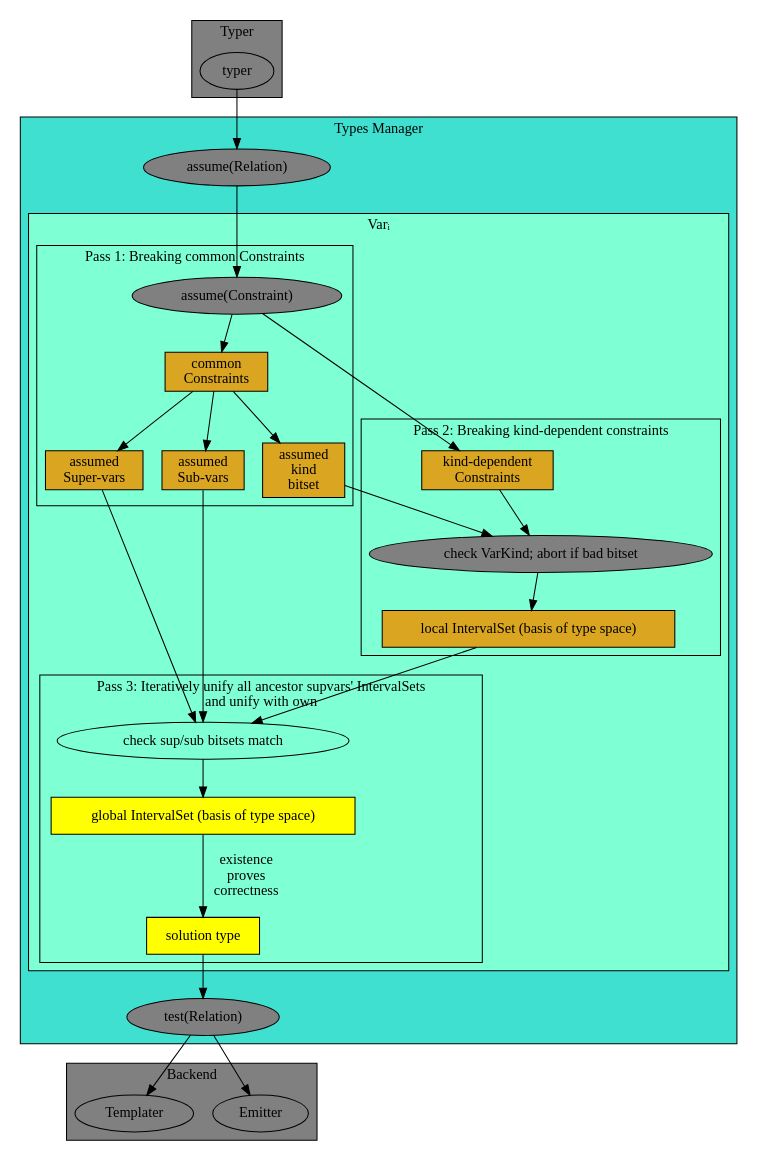
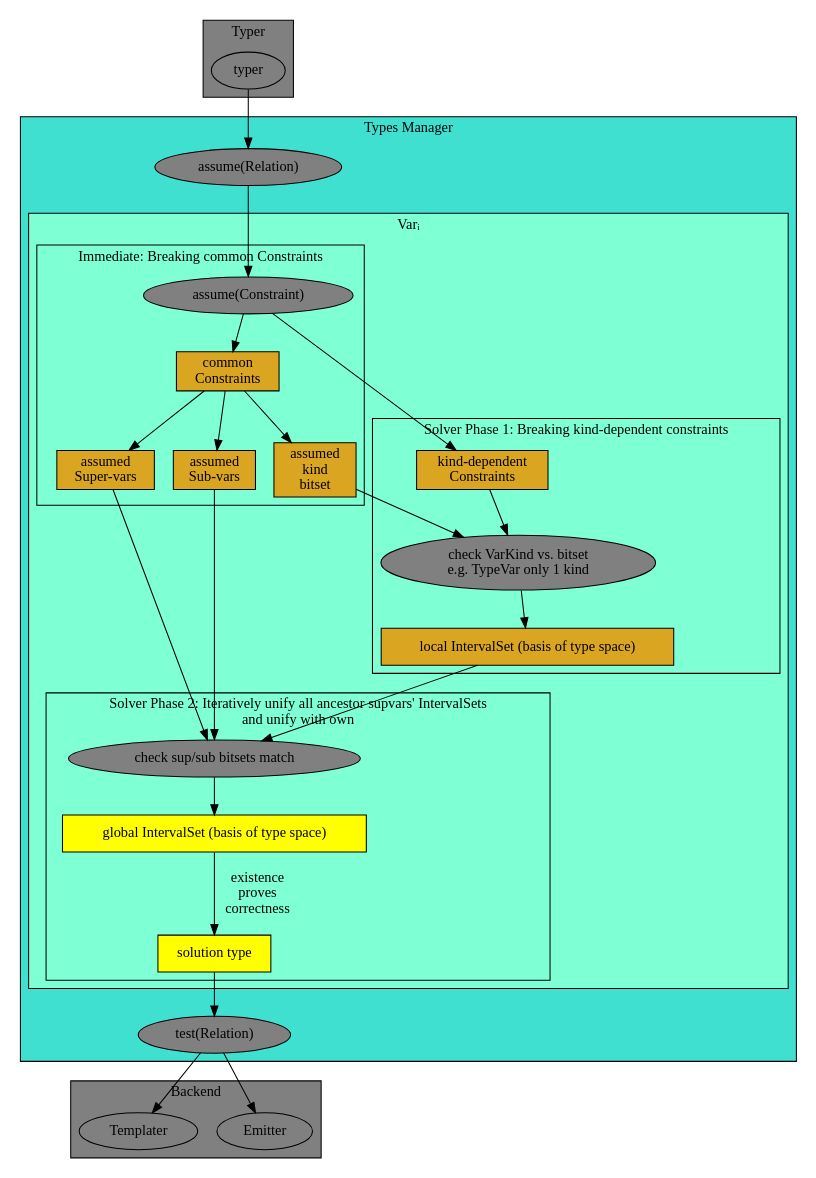
Before and after one commit to tsnl/pdm: the diagram in src/pdm/types/typing.dot, drawn with Graphviz. The commit also changed 34 other files, not shown here.

```diff
--- a/src/pdm/types/typing.dot
+++ b/src/pdm/types/typing.dot
@@ -1,74 +1,74 @@
 // https://graphs.grevian.org/example
 
 digraph {
     splines=line;
 
     subgraph cluster_0 {
         label="Typer";
         bgcolor="grey";
         typer_fn [label="typer"]
     }
 
     subgraph cluster_1 {
         label="Types Manager";
         bgcolor="turquoise";
 
         assume [label="assume(Relation)", style="filled", fillcolor="grey"];
         test [label="test(Relation)", style="filled", fillcolor="grey"];
 
         // edges:
         typer_fn -> assume;
 
         subgraph cluster_1_1 {
             label="Varᵢ";
             bgcolor="aquamarine";
             
             subgraph cluster_1_1_1 {
-                label="Pass 1: Breaking common Constraints";
+                label="Immediate: Breaking common Constraints";
                 constraint [label="assume(Constraint)", style="filled", fillcolor="grey"];
                 common_constraints [label="common\nConstraints", shape="box", fillcolor="goldenrod", style="filled"]
                 
                 assumed_kind_bitset [label="assumed\nkind\nbitset", shape="box", fillcolor="goldenrod", style="filled"];
                 assumed_supervars [label="assumed\nSuper-vars", shape="box", fillcolor="goldenrod", style="filled"];
                 assumed_subvars [label="assumed\nSub-vars", shape="box", fillcolor="goldenrod", style="filled"];
             }
 
             subgraph cluster_1_1_2 {
-                label="Pass 2: Breaking kind-dependent constraints";
+                label="Solver Phase 1: Breaking kind-dependent constraints";
                 local_interval_set [label="local IntervalSet (basis of type space)", shape="box", fillcolor="goldenrod", style="filled"];
-                check_1_2 [label="check VarKind; abort if bad bitset", style="filled", fillcolor="gray"]
+                check_1_2 [label="check VarKind vs. bitset\ne.g. TypeVar only 1 kind", style="filled", fillcolor="gray"]
                 kd_constraints [label="kind-dependent\nConstraints", shape="box", fillcolor="goldenrod", style="filled"]
             }
 
             subgraph cluster_1_1_3 {
-                label="Pass 3: Iteratively unify all ancestor supvars' IntervalSets\nand unify with own";
+                label="Solver Phase 2: Iteratively unify all ancestor supvars' IntervalSets\nand unify with own";
                 solution [label="solution type", shape="box", fillcolor="yellow", style="filled"];
-                check_1_3 [label="check sup/sub bitsets match"];
+                check_1_3 [label="check sup/sub bitsets match", fillcolor="grey", style="filled"];
                 global_interval_set [label="global IntervalSet (basis of type space)", shape="box", fillcolor="yellow", style="filled"];
             }
 
             // 1 -> 2
             constraint -> {common_constraints, kd_constraints};
             common_constraints -> {assumed_kind_bitset, assumed_subvars, assumed_supervars}
 
             // 2 -> 3
             {assumed_kind_bitset, kd_constraints} -> check_1_2 -> local_interval_set
 
             // 3 -> 4
             {local_interval_set, assumed_subvars, assumed_supervars} -> check_1_3 -> global_interval_set;
             global_interval_set -> solution
             [label="existence\nproves\ncorrectness"];
         }
         
         assume -> constraint;
         solution -> test;
     }
 
     subgraph cluster_2 {
         label="Backend";
         bgcolor="grey";
         templater [label="Templater"];
         emitter [label="Emitter"];
     }
     test -> {templater, emitter};
 }
```
